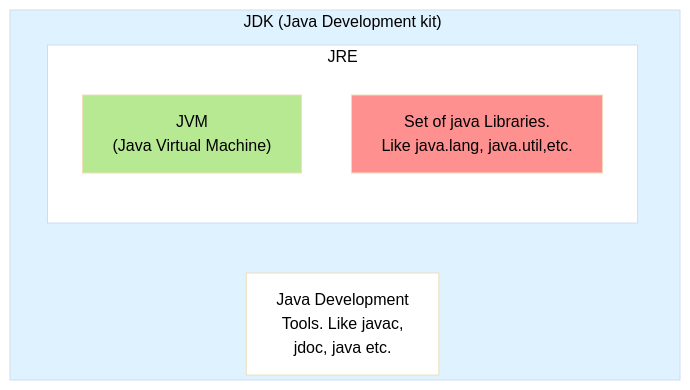
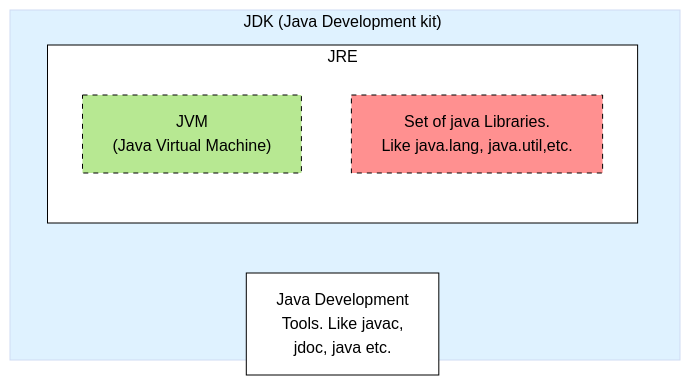
Before and after one commit to f-ei8ht/java-lang: the diagram in Notes/Basics.md, drawn with Mermaid (base theme). The commit also changed other lines of this file, not shown here.

Commit message:
mermaid diagram for jdk

````diff
--- a/Notes/Basics.md
+++ b/Notes/Basics.md
@@ -6,20 +6,20 @@
 ```mermaid
 graph TD
     subgraph JDK["JDK (Java Development kit)"]
         A[Java Development 
         Tools. Like javac, 
         jdoc, java etc.]
         subgraph JRE["JRE"]
             B["JVM
             (Java Virtual Machine)"]
             C[Set of java Libraries. 
             Like java.lang, java.util,etc.]
         
-        style A fill:#fff,color:#000
-        style JRE fill:#fff,color:#000
-        style B fill:#b7e892,color:#000
-        style C fill:#ff9090,color:#000
+        style A fill:#fff,color:#000,stroke:#000000
+        style JRE fill:#fff,color:#000,stroke:#000000
+        style B fill:#b7e892,color:#000,stroke:#000000,stroke-dasharray:5,5
+        style C fill:#ff9090,color:#000,stroke:#000000,stroke-dasharray:5,5
         end
-        style JDK fill:#dff2ff,color:#000,width:670px,height:370px
+        style JDK fill:#dff2ff,color:#000,width:670px,height:350px
     end
 ```
````
